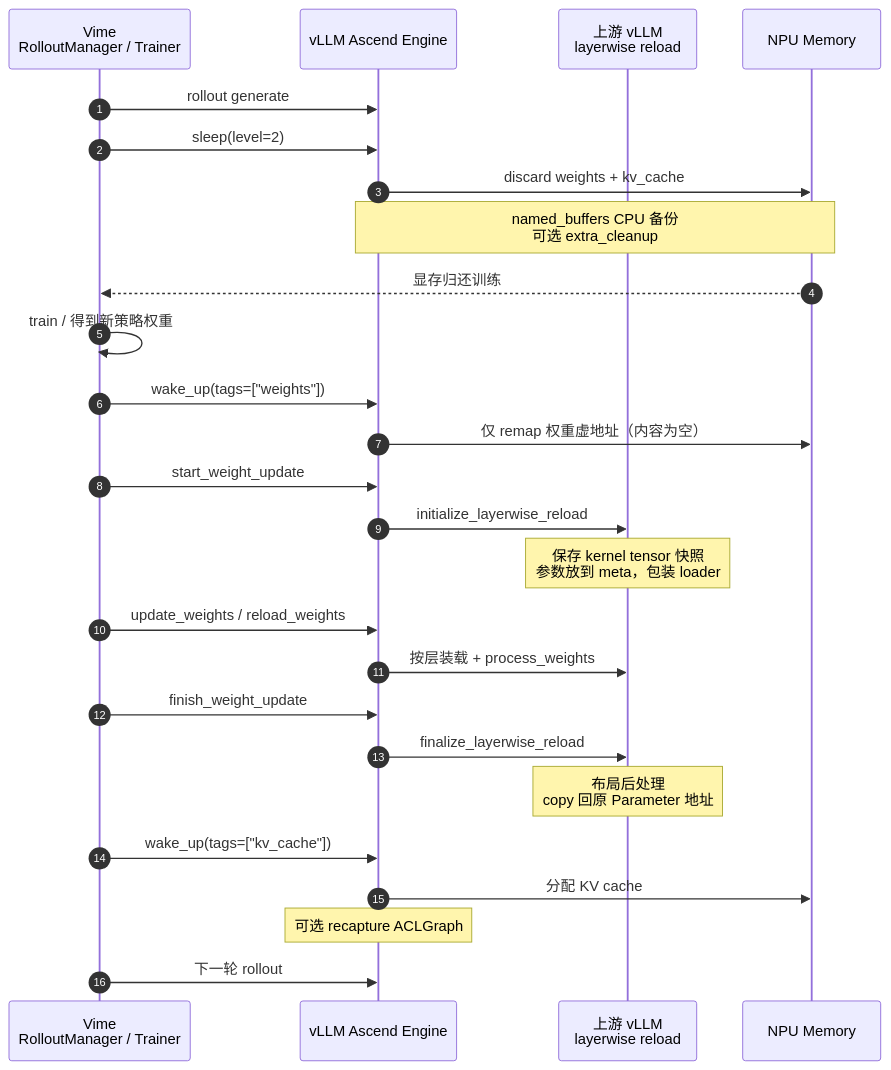
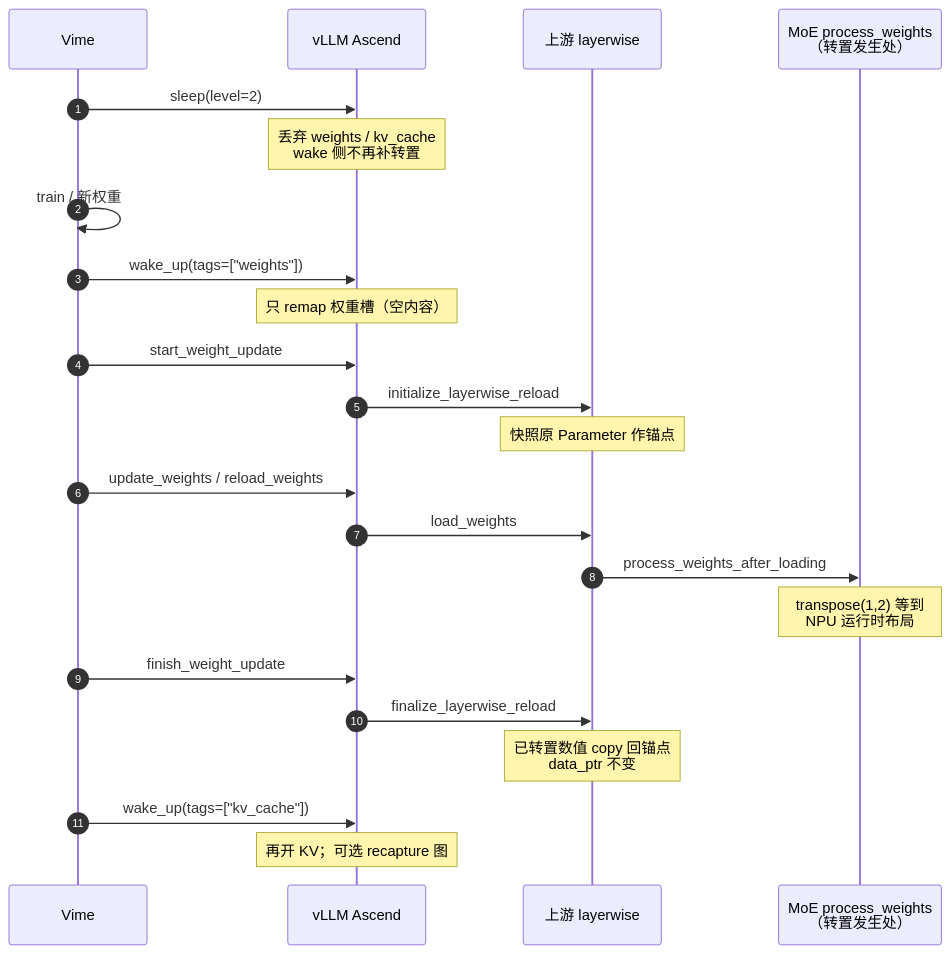
The diagram in docs/source/user_guide/feature_guide/sleep_wakeup.md (yjyang62/vllm-ascend), drawn with Mermaid before and after one commit. The commit also changed other lines of this file, not shown here.

First line of the commit message:
docs(sleep): center share guide on MoE transpose via layerwise

````diff
--- a/docs/source/user_guide/feature_guide/sleep_wakeup.md
+++ b/docs/source/user_guide/feature_guide/sleep_wakeup.md
@@ -44,32 +68,32 @@
 ```mermaid
 sequenceDiagram
     autonumber
-    participant Vm as Vime<br/>RolloutManager / Trainer
-    participant E as vLLM Ascend Engine
-    participant U as 上游 vLLM<br/>layerwise reload
-    participant N as NPU Memory
+    participant Vm as Vime
+    participant E as vLLM Ascend
+    participant U as 上游 layerwise
+    participant M as MoE process_weights<br/>（转置发生处）
 
-    Vm->>E: rollout generate
     Vm->>E: sleep(level=2)
-    E->>N: discard weights + kv_cache
-    Note over E,N: named_buffers CPU 备份<br/>可选 extra_cleanup
-    N-->>Vm: 显存归还训练
+    Note over E: 丢弃 weights / kv_cache<br/>wake 侧不再补转置
 
-    Vm->>Vm: train / 得到新策略权重
+    Vm->>Vm: train / 新权重
 
     Vm->>E: wake_up(tags=["weights"])
-    E->>N: 仅 remap 权重虚地址（内容为空）
+    Note over E: 只 remap 权重槽（空内容）
+
     Vm->>E: start_weight_update
     E->>U: initialize_layerwise_reload
-    Note over U: 保存 kernel tensor 快照<br/>参数放到 meta，包装 loader
+    Note over U: 快照原 Parameter 作锚点
+
     Vm->>E: update_weights / reload_weights
-    E->>U: 按层装载 + process_weights
+    E->>U: load_weights
+    U->>M: process_weights_after_loading
+    Note over M: transpose(1,2) 等到<br/>NPU 运行时布局
+
     Vm->>E: finish_weight_update
     E->>U: finalize_layerwise_reload
-    Note over U: 布局后处理<br/>copy 回原 Parameter 地址
+    Note over U: 已转置数值 copy 回锚点<br/>data_ptr 不变
 
     Vm->>E: wake_up(tags=["kv_cache"])
-    E->>N: 分配 KV cache
-    Note over E: 可选 recapture ACLGraph
-    Vm->>E: 下一轮 rollout
+    Note over E: 再开 KV；可选 recapture 图
 ```
````
